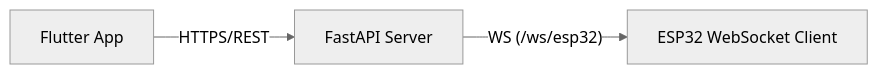
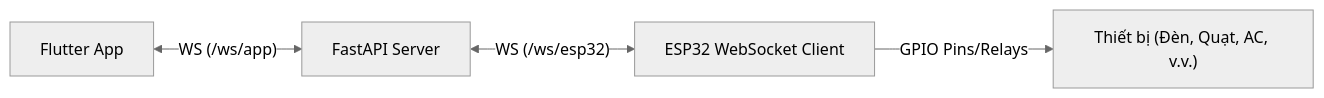
One commit to nv-hoai/vdk changed the diagram in docs/01_architecture.md. Above: the diagram before and after it, drawn with Mermaid (neutral theme). The commit also changed other lines of this file and 5 other files, not shown here.

````diff
--- a/docs/01_architecture.md
+++ b/docs/01_architecture.md
@@ -14,5 +15,6 @@
 ```mermaid
 flowchart LR
-  App[Flutter App] -- HTTPS/REST --> Server[FastAPI Server]
-  Server -- WS (/ws/esp32) --> ESP[ESP32 WebSocket Client]
+  App[Flutter App] <-- WS (/ws/app) --> Server[FastAPI Server]
+  Server <-- WS (/ws/esp32) --> ESP[ESP32 WebSocket Client]
+  ESP -- GPIO Pins/Relays --> Hardware["Thiết bị (Đèn, Quạt, AC, v.v.)"]
 ```
````
